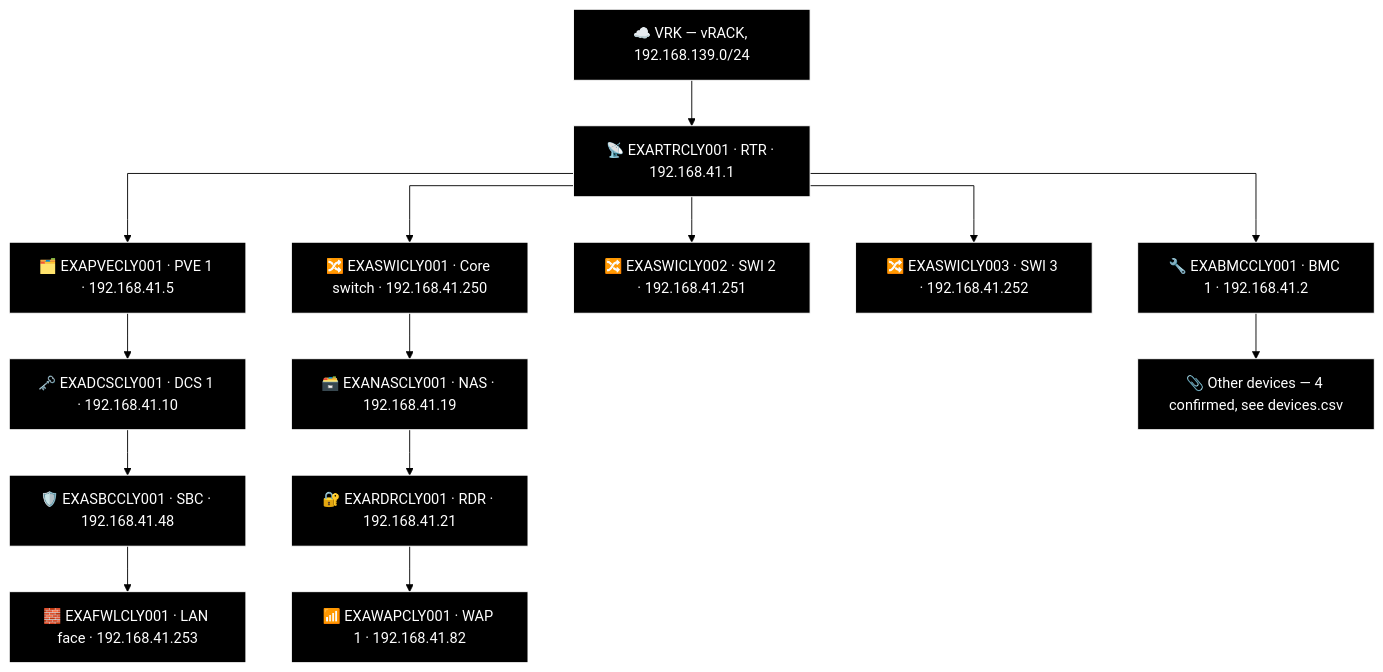
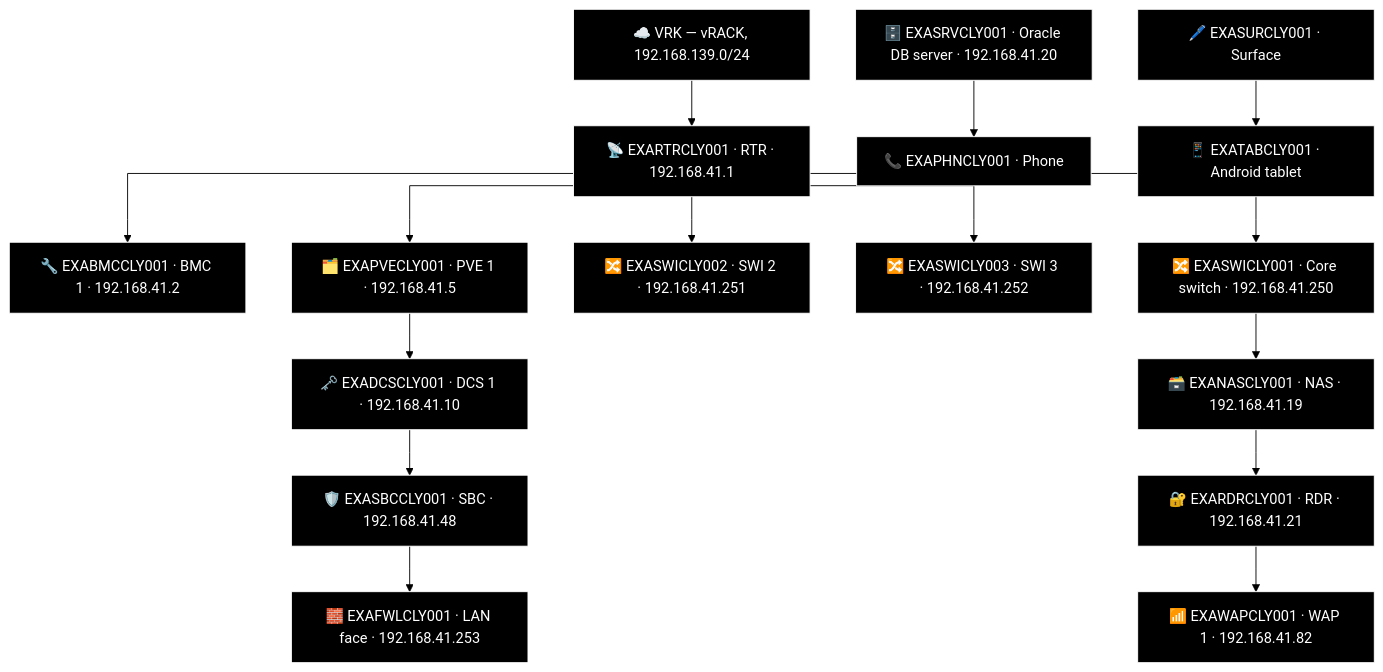
Before and after one commit to knightmare2600/example_music_infra: the eighth of 14 diagrams in docs/network-diagram/scotland.md, drawn with Mermaid (forest theme). The commit also changed other lines of this file and 8 other files, not shown here.

First line of the commit message:
generate_network_diagrams.py: port FAL's two-column "Other" bucket into the generator

````diff
--- a/docs/network-diagram/scotland.md
+++ b/docs/network-diagram/scotland.md
@@ -405,43 +418,50 @@
 ```mermaid
 %% GENERATED:TOPOLOGY:CLY:START
 %%{init: {'flowchart': {'curve': 'stepAfter'}}}%%
 graph TD
     T_VRK["☁️ VRK — vRACK, 192.168.139.0/24"]
     T_RTR["📡 EXARTRCLY001 · RTR · 192.168.41.1"]
     T_VRK --> T_RTR
     T_BMC["🔧 EXABMCCLY001 · BMC 1 · 192.168.41.2"]
     T_RTR --> T_BMC
     T_PVE["🗂️ EXAPVECLY001 · PVE 1 · 192.168.41.5"]
     T_RTR --> T_PVE
     T_SWI["🔀 EXASWICLY002 · SWI 2 · 192.168.41.251"]
     T_RTR --> T_SWI
     T_SWI2["🔀 EXASWICLY003 · SWI 3 · 192.168.41.252"]
     T_RTR --> T_SWI2
     T_SWI3["🔀 EXASWICLY001 · Core switch · 192.168.41.250"]
     T_RTR --> T_SWI3
     T_NAS["🗃️ EXANASCLY001 · NAS · 192.168.41.19"]
     T_RDR["🔐 EXARDRCLY001 · RDR · 192.168.41.21"]
     T_WAP["📶 EXAWAPCLY001 · WAP 1 · 192.168.41.82"]
     T_SWI3 --> T_NAS --> T_RDR --> T_WAP
     T_DCS["🗝️ EXADCSCLY001 · DCS 1 · 192.168.41.10"]
     T_SBC["🛡️ EXASBCCLY001 · SBC · 192.168.41.48"]
     T_FWL["🧱 EXAFWLCLY001 · LAN face · 192.168.41.253"]
     T_PVE --> T_DCS --> T_SBC --> T_FWL
-    T_OTHER["📎 Other devices — 4 confirmed, see devices.csv"]
-    T_BMC --> T_OTHER
+    T_SRV["🗄️ EXASRVCLY001 · Oracle DB server · 192.168.41.20"]
+    T_SUR["🖊️ EXASURCLY001 · Surface"]
+    T_PHN["📞 EXAPHNCLY001 · Phone"]
+    T_TAB["📱 EXATABCLY001 · Android tablet"]
+    T_SRV --> T_PHN
+    T_SUR --> T_TAB
     style T_VRK fill:#000000,stroke:#FFFFFF,color:#FFFFFF
     style T_RTR fill:#000000,stroke:#FFFFFF,color:#FFFFFF
     style T_BMC fill:#000000,stroke:#FFFFFF,color:#FFFFFF
     style T_PVE fill:#000000,stroke:#FFFFFF,color:#FFFFFF
     style T_SWI fill:#000000,stroke:#FFFFFF,color:#FFFFFF
     style T_SWI2 fill:#000000,stroke:#FFFFFF,color:#FFFFFF
     style T_SWI3 fill:#000000,stroke:#FFFFFF,color:#FFFFFF
     style T_NAS fill:#000000,stroke:#FFFFFF,color:#FFFFFF
     style T_RDR fill:#000000,stroke:#FFFFFF,color:#FFFFFF
     style T_WAP fill:#000000,stroke:#FFFFFF,color:#FFFFFF
     style T_DCS fill:#000000,stroke:#FFFFFF,color:#FFFFFF
     style T_SBC fill:#000000,stroke:#FFFFFF,color:#FFFFFF
     style T_FWL fill:#000000,stroke:#FFFFFF,color:#FFFFFF
-    style T_OTHER fill:#000000,stroke:#FFFFFF,color:#FFFFFF
+    style T_SRV fill:#000000,stroke:#FFFFFF,color:#FFFFFF
+    style T_SUR fill:#000000,stroke:#FFFFFF,color:#FFFFFF
+    style T_PHN fill:#000000,stroke:#FFFFFF,color:#FFFFFF
+    style T_TAB fill:#000000,stroke:#FFFFFF,color:#FFFFFF
 %% GENERATED:TOPOLOGY:CLY:END
 ```
````
